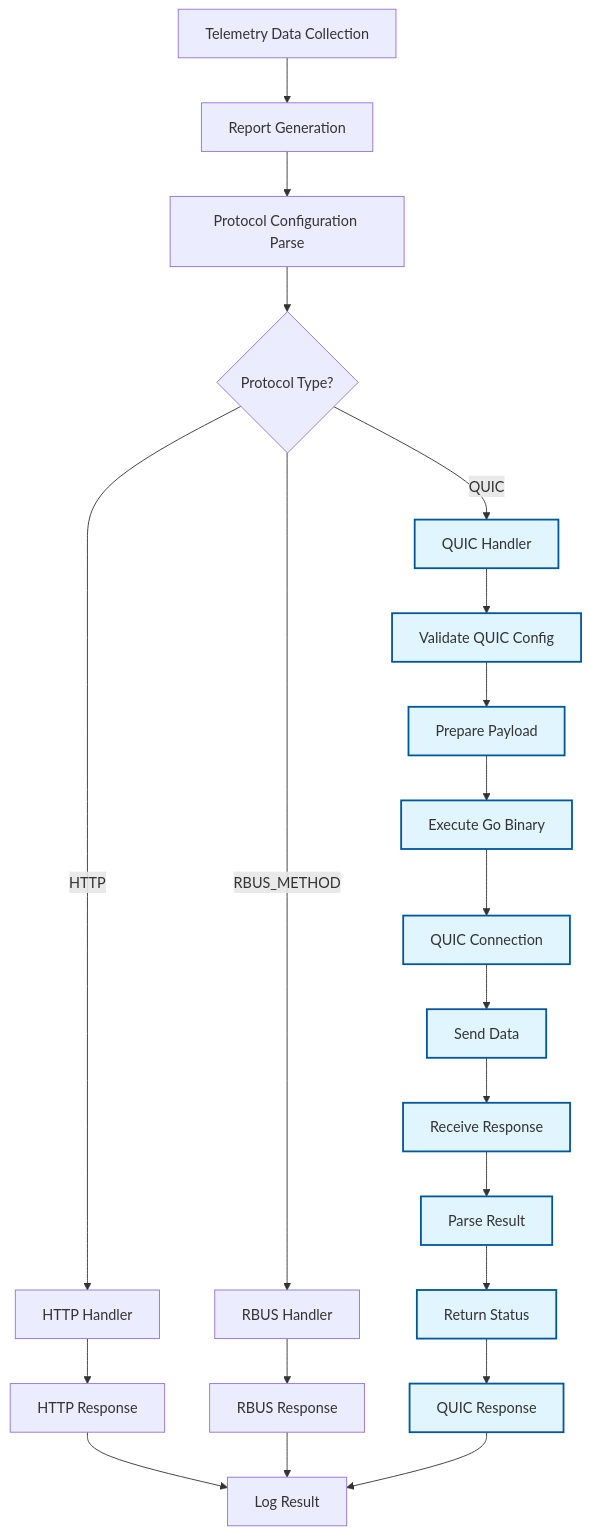
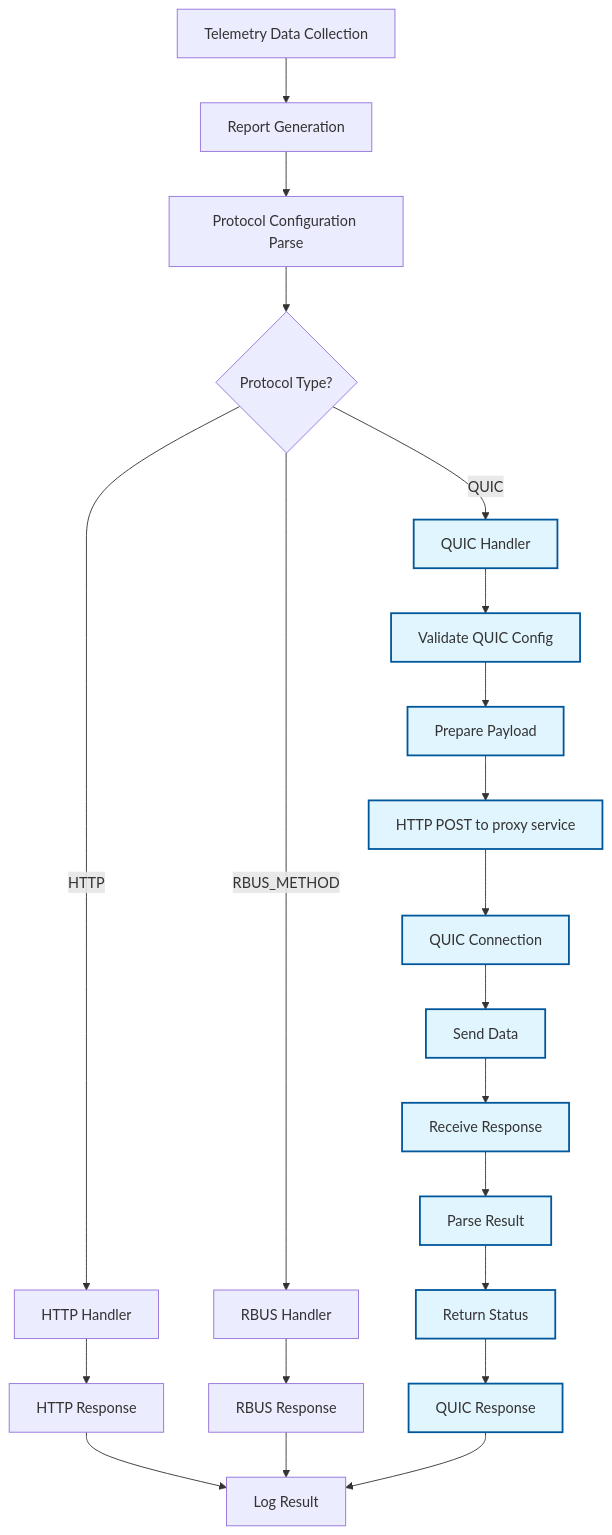
One commit to rdkcentral/telemetry changed the ninth of 9 diagrams in docs/quic-protocol-expansion-hld.md. Above: the diagram before and after it, drawn with Mermaid. The commit also changed other lines of this file, not shown here.

````diff
--- a/docs/quic-protocol-expansion-hld.md
+++ b/docs/quic-protocol-expansion-hld.md
@@ -352,38 +354,38 @@
 ```mermaid
 flowchart TD
     A[Telemetry Data Collection] --> B[Report Generation]
     B --> C[Protocol Configuration Parse]
     C --> D{Protocol Type?}
     
     D -->|HTTP| E[HTTP Handler]
     D -->|RBUS_METHOD| F[RBUS Handler]
     D -->|QUIC| G[QUIC Handler]
     
     G --> H[Validate QUIC Config]
     H --> I[Prepare Payload]
-    I --> J[Execute Go Binary]
+    I --> J[HTTP POST to proxy service]
     J --> K[QUIC Connection]
     K --> L[Send Data]
     L --> M[Receive Response]
     M --> N[Parse Result]
     N --> O[Return Status]
     
     E --> P[HTTP Response]
     F --> Q[RBUS Response]
     O --> R[QUIC Response]
     
     P --> S[Log Result]
     Q --> S
     R --> S
     
     style G fill:#e1f5fe,stroke:#01579b,stroke-width:2px
     style H fill:#e1f5fe,stroke:#01579b,stroke-width:2px
     style I fill:#e1f5fe,stroke:#01579b,stroke-width:2px
     style J fill:#e1f5fe,stroke:#01579b,stroke-width:2px
     style K fill:#e1f5fe,stroke:#01579b,stroke-width:2px
     style L fill:#e1f5fe,stroke:#01579b,stroke-width:2px
     style M fill:#e1f5fe,stroke:#01579b,stroke-width:2px
     style N fill:#e1f5fe,stroke:#01579b,stroke-width:2px
     style O fill:#e1f5fe,stroke:#01579b,stroke-width:2px
     style R fill:#e1f5fe,stroke:#01579b,stroke-width:2px
 ```
````
